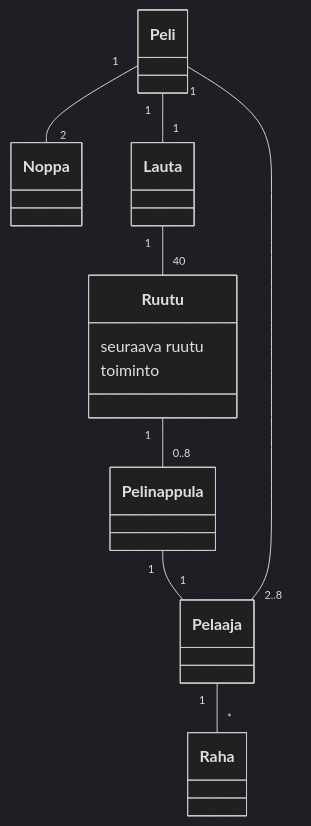
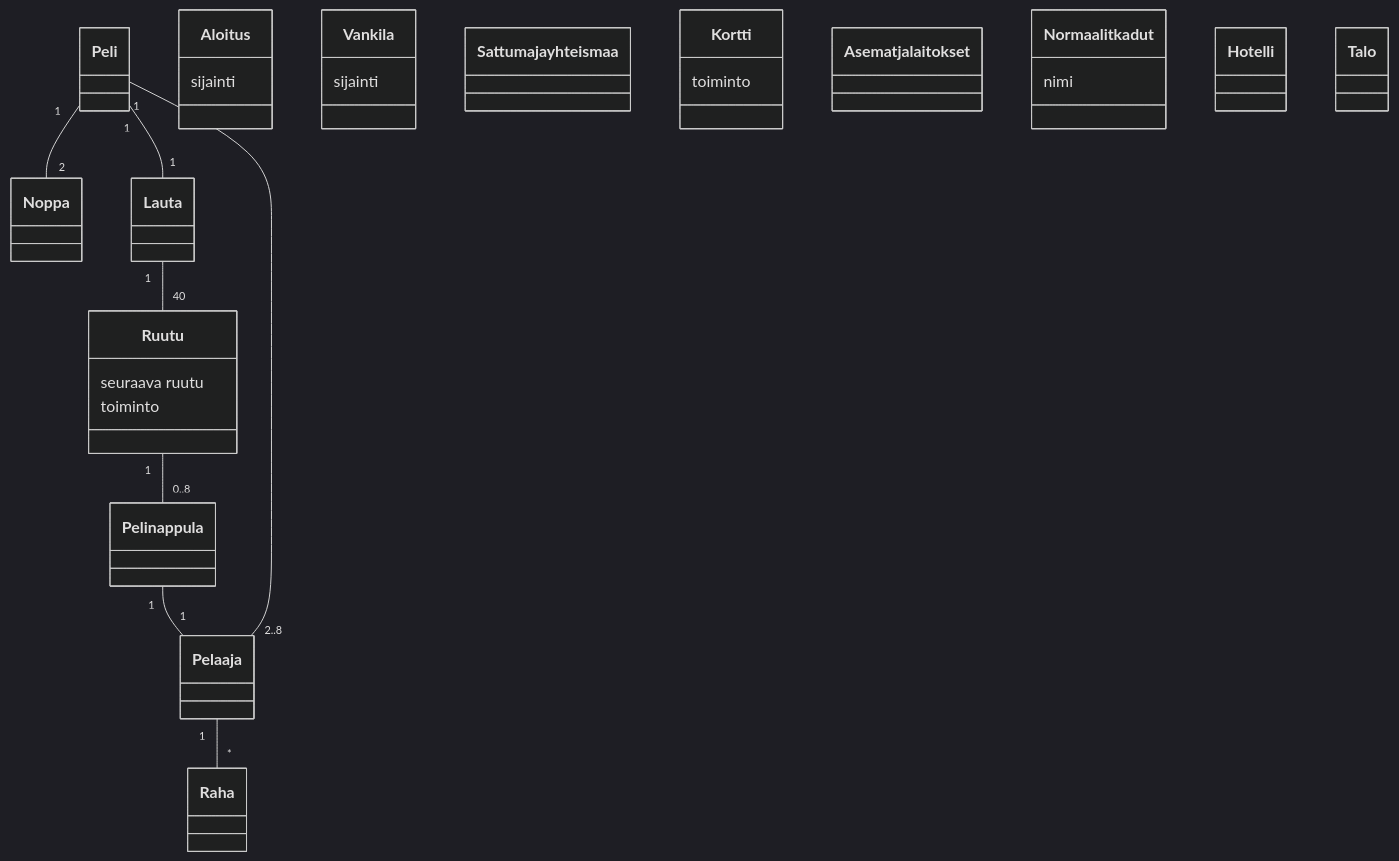
The second of 2 diagrams in laskarit/viikko3/monopoli.md (phuvio/ot-harjoitustyo), drawn with Mermaid (dark theme) before and after one commit.

````diff
--- a/laskarit/viikko3/monopoli.md
+++ b/laskarit/viikko3/monopoli.md
@@ -28,26 +28,46 @@
 ```mermaid
  classDiagram
       Peli "1"--"2" Noppa
       Peli "1"--"1" Lauta
       Lauta "1"--"40" Ruutu
       Ruutu "1"--"0..8" Pelinappula
       Pelinappula "1"--"1" Pelaaja
       Pelaaja "2..8"--"1" Peli
       Pelaaja "1"--"*" Raha
       class Peli{
       }
       class Lauta{
       }
       class Ruutu{
       seuraava ruutu
       toiminto
       }
       class Raha{
       }
       class Pelaaja{
       }
       class Pelinappula{
       }
       class Noppa{
       }
+      class Aloitus{
+      sijainti
+      }
+      class Vankila{
+      sijainti
+      }
+      class Sattuma ja yhteismaa{
+      }
+      class Kortti{
+      toiminto
+      }
+      class Asemat ja laitokset{
+      }
+      class Normaalit kadut{
+      nimi
+      }
+      class Hotelli{
+      }
+      class Talo{
+      }
 ```
````
